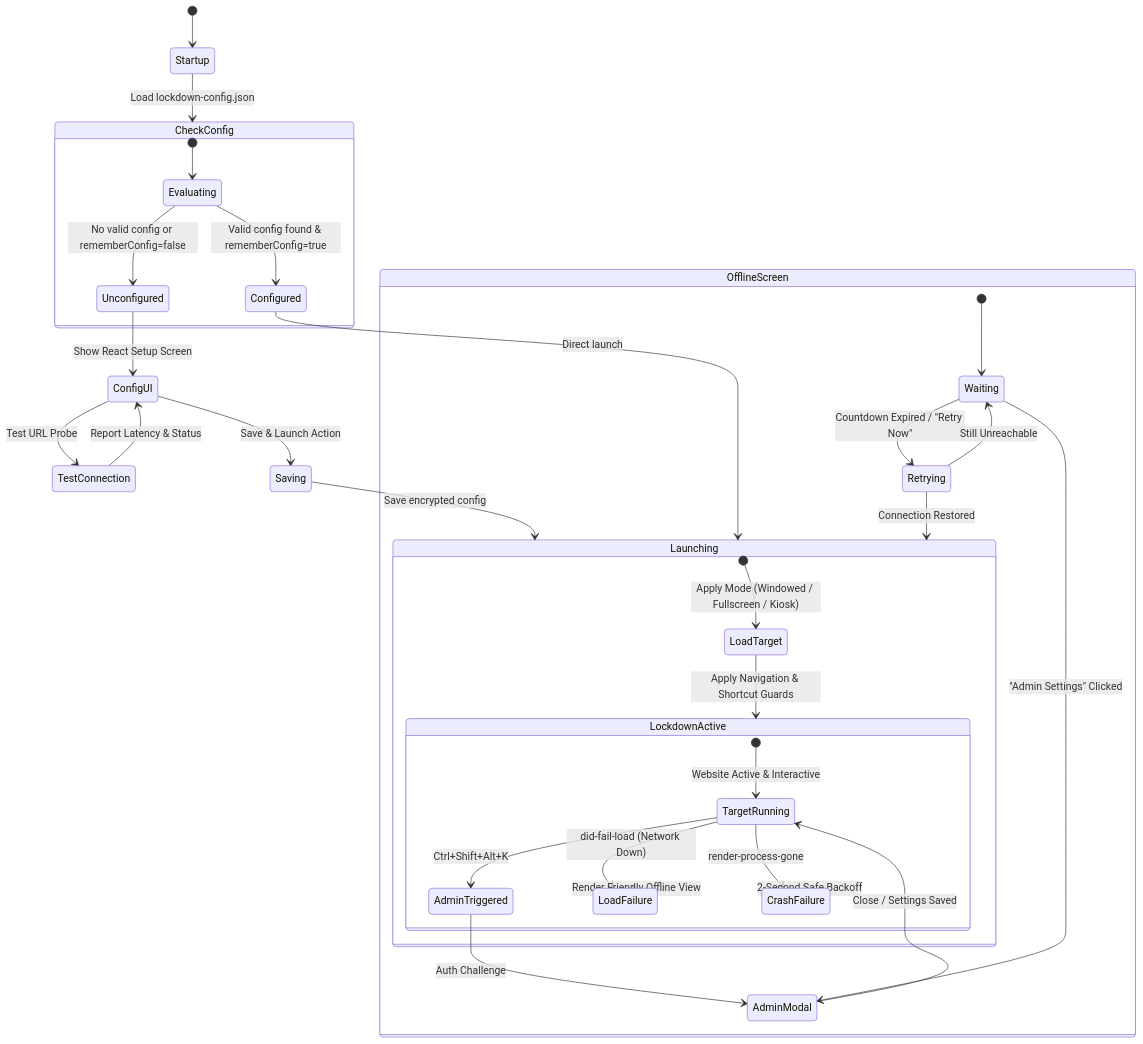
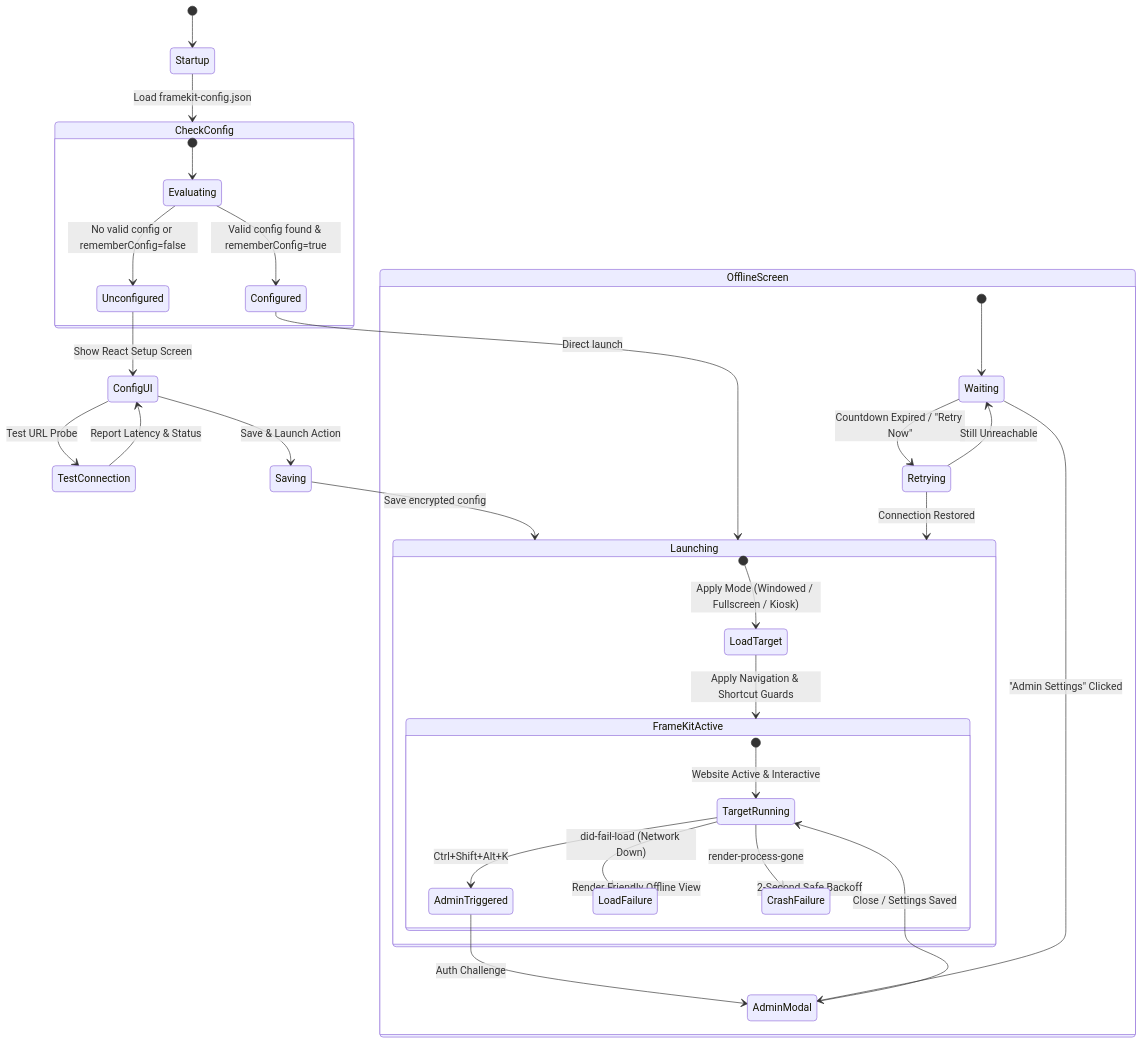
The second of 2 diagrams in docs/ARCHITECTURE.md (dev-reymark/frame-kit), drawn with Mermaid before and after one commit. The commit also changed other lines of this file and 13 other files, not shown here.

Commit message:
refactor: rename all remaining Lockdown Browser references to FrameKit

````diff
--- a/docs/ARCHITECTURE.md
+++ b/docs/ARCHITECTURE.md
@@ -78,45 +78,45 @@
 ```mermaid
 stateDiagram-v2
     [*] --> Startup
-    Startup --> CheckConfig: Load lockdown-config.json
+    Startup --> CheckConfig: Load framekit-config.json
 
     state CheckConfig {
         [*] --> Evaluating
         Evaluating --> Unconfigured: No valid config or rememberConfig=false
         Evaluating --> Configured: Valid config found & rememberConfig=true
     }
 
     Unconfigured --> ConfigUI: Show React Setup Screen
     ConfigUI --> TestConnection: Test URL Probe
     TestConnection --> ConfigUI: Report Latency & Status
     ConfigUI --> Saving: Save & Launch Action
     Saving --> Launching: Save encrypted config
 
     Configured --> Launching: Direct launch
 
     state Launching {
         [*] --> LoadTarget: Apply Mode (Windowed / Fullscreen / Kiosk)
-        LoadTarget --> LockdownActive: Apply Navigation & Shortcut Guards
+        LoadTarget --> FrameKitActive: Apply Navigation & Shortcut Guards
     }
 
-    state LockdownActive {
+    state FrameKitActive {
         [*] --> TargetRunning: Website Active & Interactive
         TargetRunning --> AdminTriggered: Ctrl+Shift+Alt+K
         AdminTriggered --> AdminModal: Auth Challenge
         AdminModal --> TargetRunning: Close / Settings Saved
 
         TargetRunning --> LoadFailure: did-fail-load (Network Down)
         TargetRunning --> CrashFailure: render-process-gone
     }
 
     LoadFailure --> OfflineScreen: Render Friendly Offline View
     CrashFailure --> OfflineScreen: 2-Second Safe Backoff
 
     state OfflineScreen {
         [*] --> Waiting
         Waiting --> Retrying: Countdown Expired / "Retry Now"
         Retrying --> Launching: Connection Restored
         Retrying --> Waiting: Still Unreachable
         Waiting --> AdminModal: "Admin Settings" Clicked
     }
 ```
````
